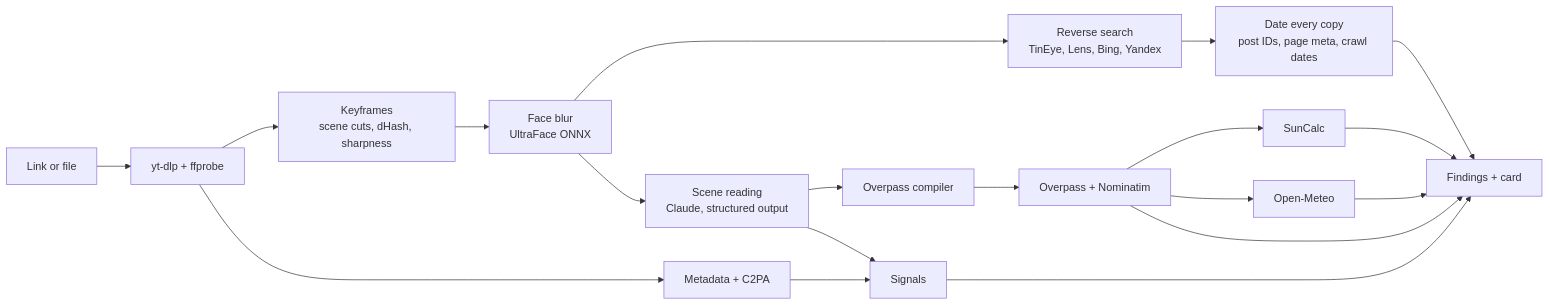
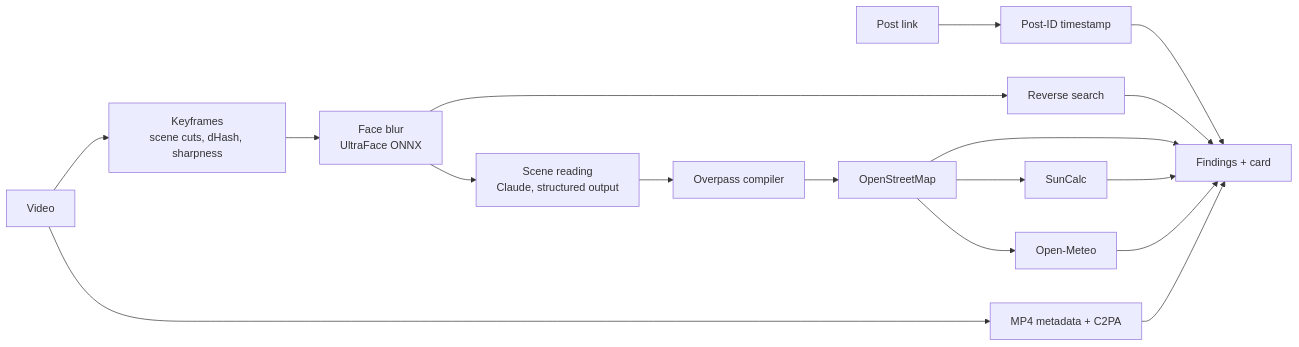
Before and after one commit to akhsterminator/firstframe-osint: the diagram in README.md, drawn with Mermaid. The commit also changed other lines of this file and 9 other files, not shown here.

````diff
--- a/README.md
+++ b/README.md
@@ -167,17 +156,13 @@
 ```mermaid
 flowchart LR
-  A[Link or file] --> B[yt-dlp + ffprobe]
-  B --> C[Keyframes<br/>scene cuts, dHash, sharpness]
-  C --> D[Face blur<br/>UltraFace ONNX]
-  D --> E[Reverse search<br/>TinEye, Lens, Bing, Yandex]
-  D --> F[Scene reading<br/>Claude, structured output]
-  B --> G[Metadata + C2PA]
-  E --> H[Date every copy<br/>post IDs, page meta, crawl dates]
-  F --> I[Overpass compiler]
-  I --> J[Overpass + Nominatim]
-  J --> K[SunCalc]
-  J --> L[Open-Meteo]
-  G --> M[Signals]
-  F --> M
-  H & J & K & L & M --> N[Findings + card]
+  A[Video] --> B[Keyframes<br/>scene cuts, dHash, sharpness]
+  B --> C[Face blur<br/>UltraFace ONNX]
+  L[Post link] --> T[Post-ID timestamp]
+  C --> R[Reverse search]
+  C --> S[Scene reading<br/>Claude, structured output]
+  A --> M[MP4 metadata + C2PA]
+  S --> Q[Overpass compiler] --> O[OpenStreetMap]
+  O --> SUN[SunCalc]
+  O --> W[Open-Meteo]
+  T & R & O & SUN & W & M --> F[Findings + card]
 ```
````
